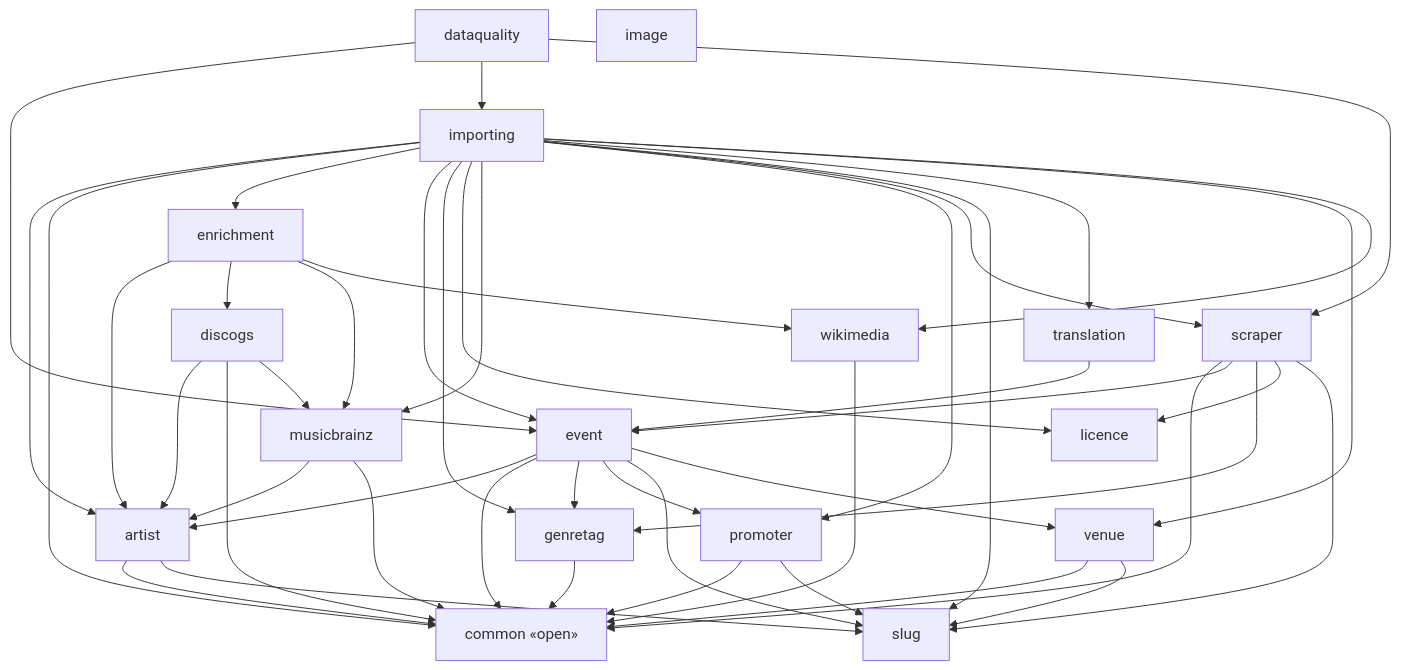
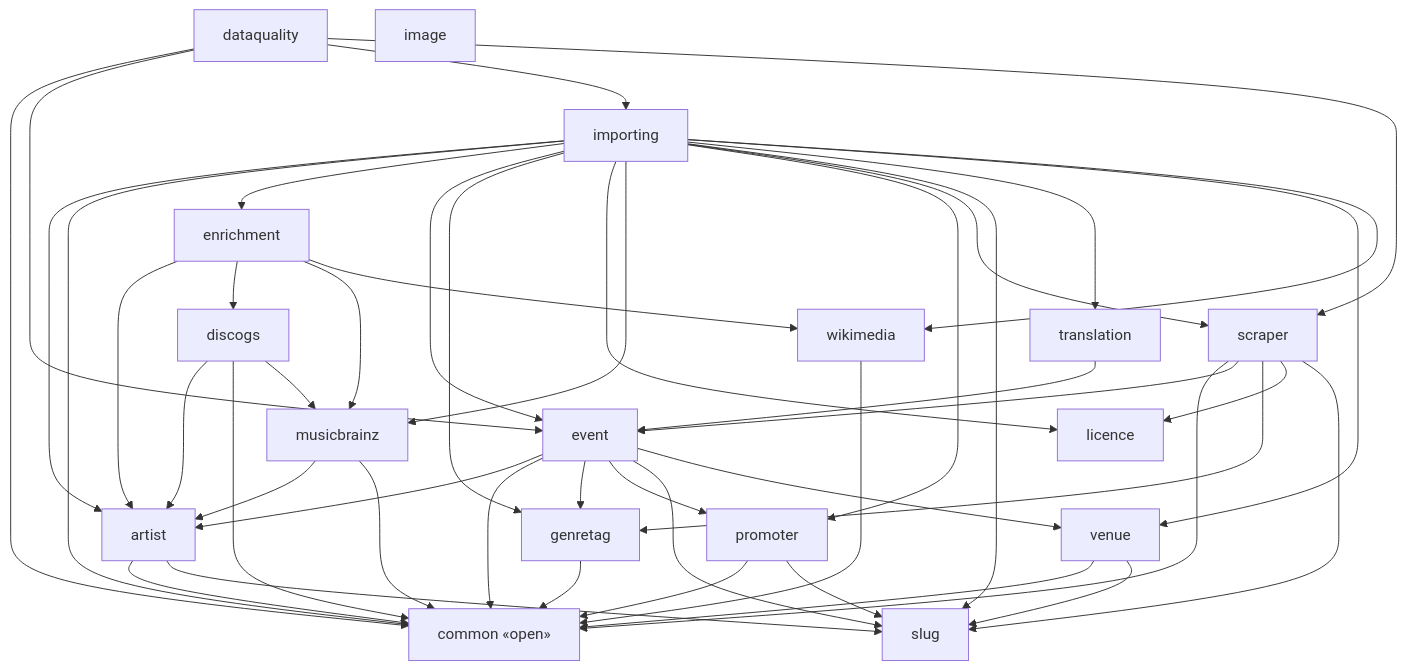
The diagram in docs/architecture/modules-events-importer.md (enorm-labs/event-junkie), drawn with Mermaid before and after one commit. The commit also changed 8 other files, not shown here.

````diff
--- a/docs/architecture/modules-events-importer.md
+++ b/docs/architecture/modules-events-importer.md
@@ -9,66 +9,67 @@
 ```mermaid
 flowchart TD
     artist["artist"]
     common["common «open»"]
     dataquality["dataquality"]
     discogs["discogs"]
     enrichment["enrichment"]
     event["event"]
     genretag["genretag"]
     image["image"]
     importing["importing"]
     licence["licence"]
     musicbrainz["musicbrainz"]
     promoter["promoter"]
     scraper["scraper"]
     slug["slug"]
     translation["translation"]
     venue["venue"]
     wikimedia["wikimedia"]
 
     artist --> common
     artist --> slug
+    dataquality --> common
     dataquality --> event
     dataquality --> importing
     dataquality --> scraper
     discogs --> artist
     discogs --> common
     discogs --> musicbrainz
     enrichment --> artist
     enrichment --> discogs
     enrichment --> musicbrainz
     enrichment --> wikimedia
     event --> artist
     event --> common
     event --> genretag
     event --> promoter
     event --> slug
     event --> venue
     genretag --> common
     importing --> artist
     importing --> common
     importing --> enrichment
     importing --> event
     importing --> genretag
     importing --> licence
     importing --> musicbrainz
     importing --> promoter
     importing --> scraper
     importing --> slug
     importing --> translation
     importing --> venue
     importing --> wikimedia
     musicbrainz --> artist
     musicbrainz --> common
     promoter --> common
     promoter --> slug
     scraper --> common
     scraper --> event
     scraper --> genretag
     scraper --> licence
     scraper --> slug
     translation --> event
     venue --> common
     venue --> slug
     wikimedia --> common
 ```
````
